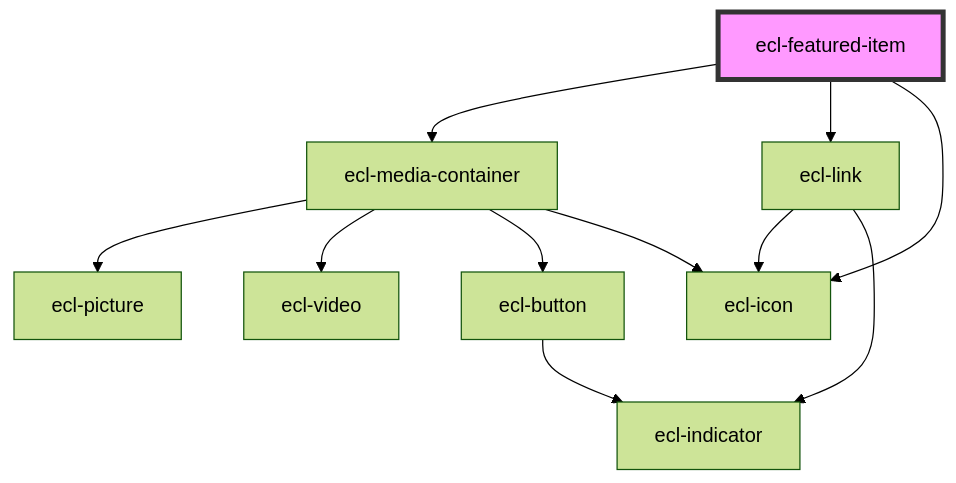
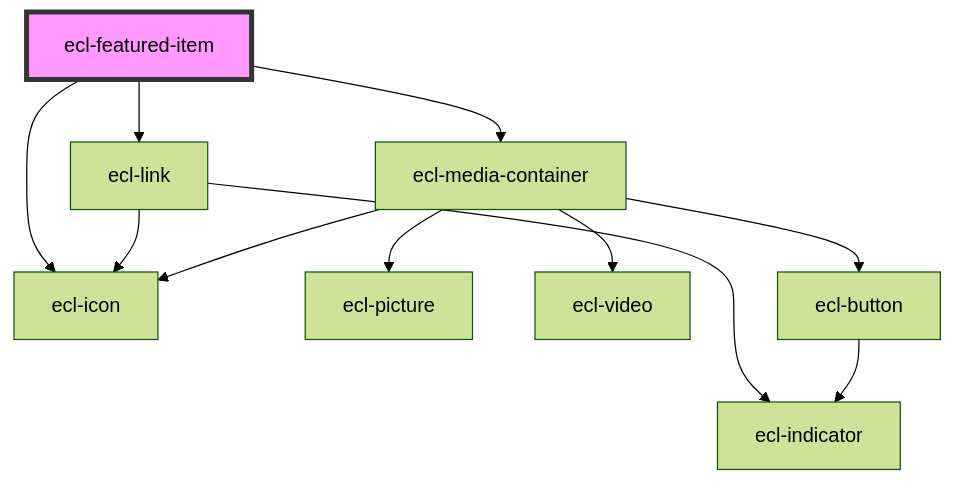
The diagram in src/components/ecl-featured-item/readme.md (ec-europa/ecl-webcomponents), drawn with Mermaid (forest theme) before and after one commit. The commit also changed other lines of this file and 18 other files, not shown here.

Commit message:
feat(alpha.20): Featured item - FRONT-5182

````diff
--- a/src/components/ecl-featured-item/readme.md
+++ b/src/components/ecl-featured-item/readme.md
@@ -36,14 +39,14 @@
 ```mermaid
 graph TD;
-  ecl-featured-item --> ecl-media-container
   ecl-featured-item --> ecl-link
   ecl-featured-item --> ecl-icon
+  ecl-featured-item --> ecl-media-container
+  ecl-link --> ecl-icon
+  ecl-link --> ecl-indicator
   ecl-media-container --> ecl-picture
   ecl-media-container --> ecl-video
   ecl-media-container --> ecl-button
   ecl-media-container --> ecl-icon
   ecl-button --> ecl-indicator
-  ecl-link --> ecl-icon
-  ecl-link --> ecl-indicator
   style ecl-featured-item fill:#f9f,stroke:#333,stroke-width:4px
 ```
````
